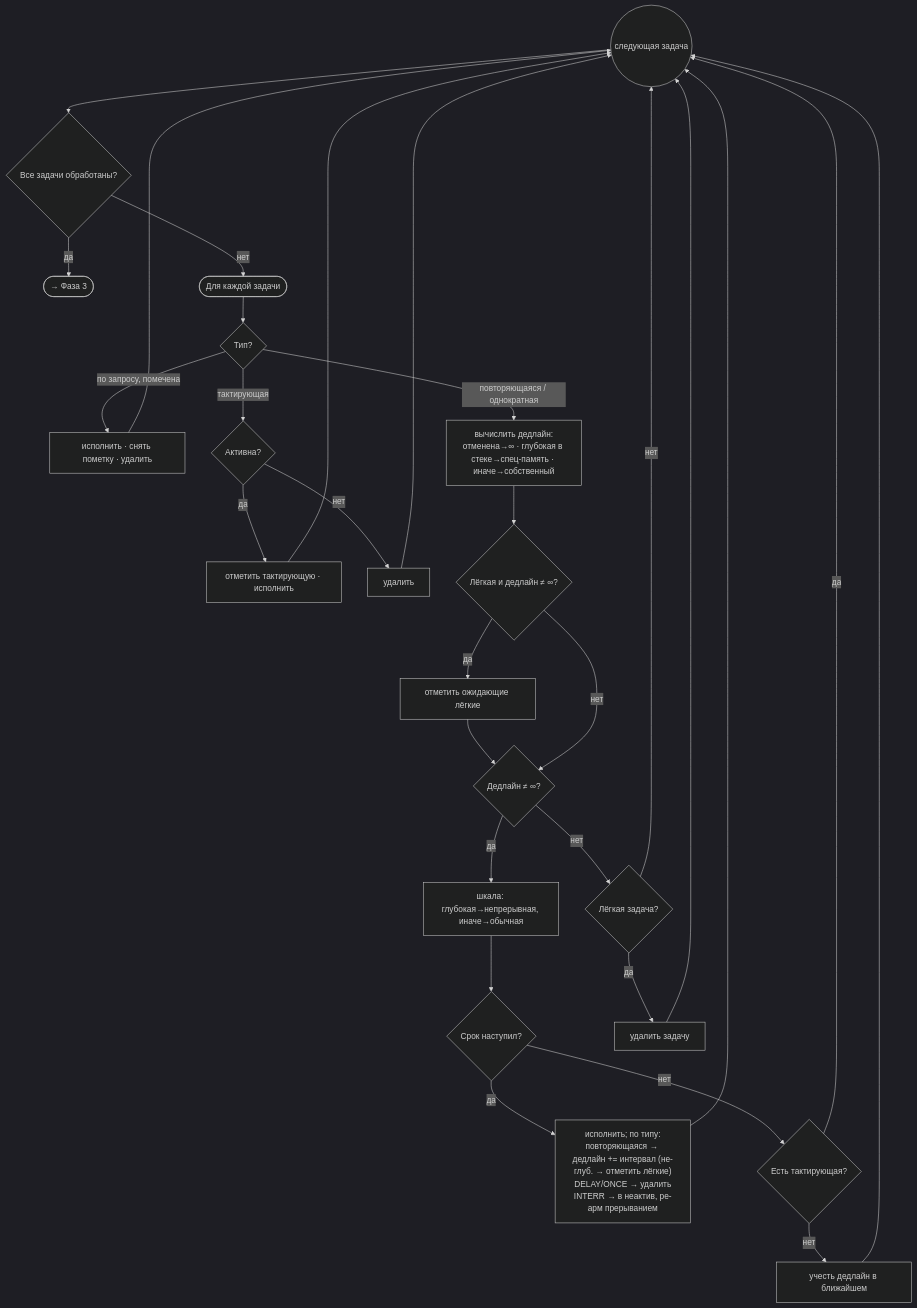
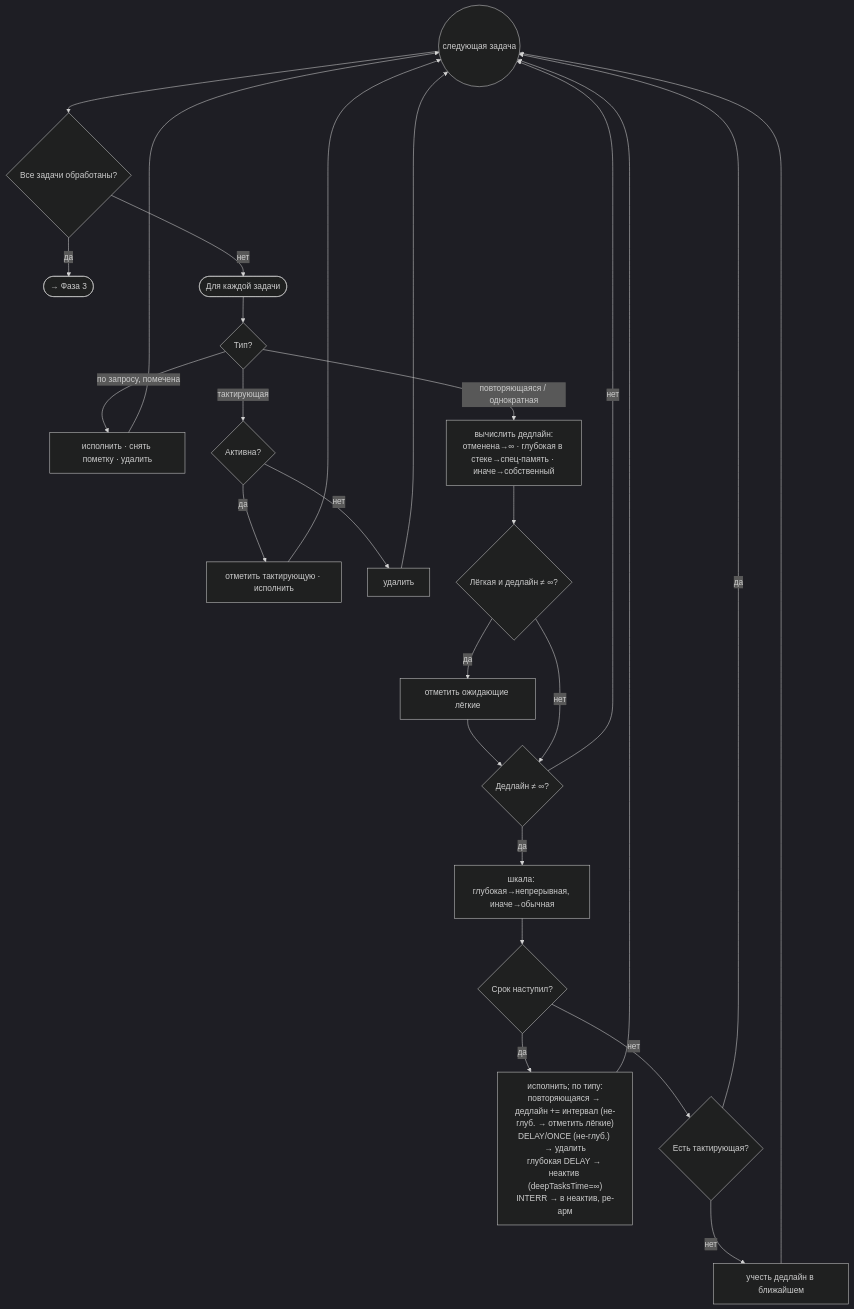
The second of 6 diagrams in EXECUTOR.md (async-mcu/async-mcu-core), drawn with Mermaid (dark theme) before and after one commit. The commit also changed other lines of this file and 14 other files, not shown here.

````diff
--- a/EXECUTOR.md
+++ b/EXECUTOR.md
@@ -146,32 +147,29 @@
 ```mermaid
 flowchart TD
     NEXT(("следующая задача"))
     NX{"Все задачи обработаны?"}
     N3(["→ Фаза 3"])
     A8{"Дедлайн ≠ ∞?"}
-    A11{"Лёгкая задача?"}
 
     S(["Для каждой задачи"]) --> T{"Тип?"}
     T -->|"по запросу, помечена"| A1["исполнить · снять пометку · удалить"] --> NEXT
     T -->|тактирующая| A2{"Активна?"}
     A2 -->|да| A3["отметить тактирующую · исполнить"] --> NEXT
     A2 -->|нет| A4["удалить"] --> NEXT
     T -->|"повторяющаяся / однократная"| A5["вычислить дедлайн:<br/>отменена→∞ · глубокая в стеке→спец-память · иначе→собственный"]
 
     A5 --> A6{"Лёгкая и дедлайн ≠ ∞?"}
     A6 -->|да| A7["отметить ожидающие лёгкие"] --> A8
     A6 -->|нет| A8
     A8 -->|да| A9["шкала: глубокая→непрерывная, иначе→обычная"]
     A9 --> A10{"Срок наступил?"}
-    A10 -->|да| A13["исполнить; по типу:<br/>повторяющаяся → дедлайн += интервал (не-глуб. → отметить лёгкие)<br/>DELAY/ONCE → удалить<br/>INTERR → в неактив, ре-арм прерыванием"] --> NEXT
+    A10 -->|да| A13["исполнить; по типу:<br/>повторяющаяся → дедлайн += интервал (не-глуб. → отметить лёгкие)<br/>DELAY/ONCE (не-глуб.) → удалить<br/>глубокая DELAY → неактив (deepTasksTime=∞)<br/>INTERR → в неактив, ре-арм"] --> NEXT
     A10 -->|нет| A14{"Есть тактирующая?"}
     A14 -->|да| NEXT
     A14 -->|нет| A15["учесть дедлайн в ближайшем"] --> NEXT
-    A8 -->|нет| A11
-    A11 -->|да| A12["удалить задачу"] --> NEXT
-    A11 -->|нет| NEXT
+    A8 -->|нет| NEXT
 
     NEXT --> NX
     NX -->|нет| S
     NX -->|да| N3
 ```
````
